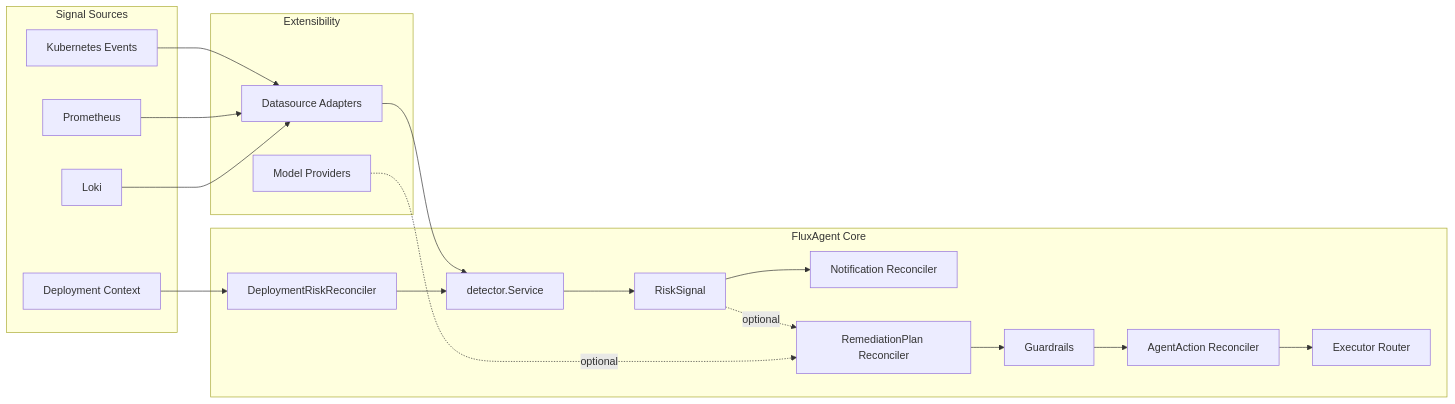
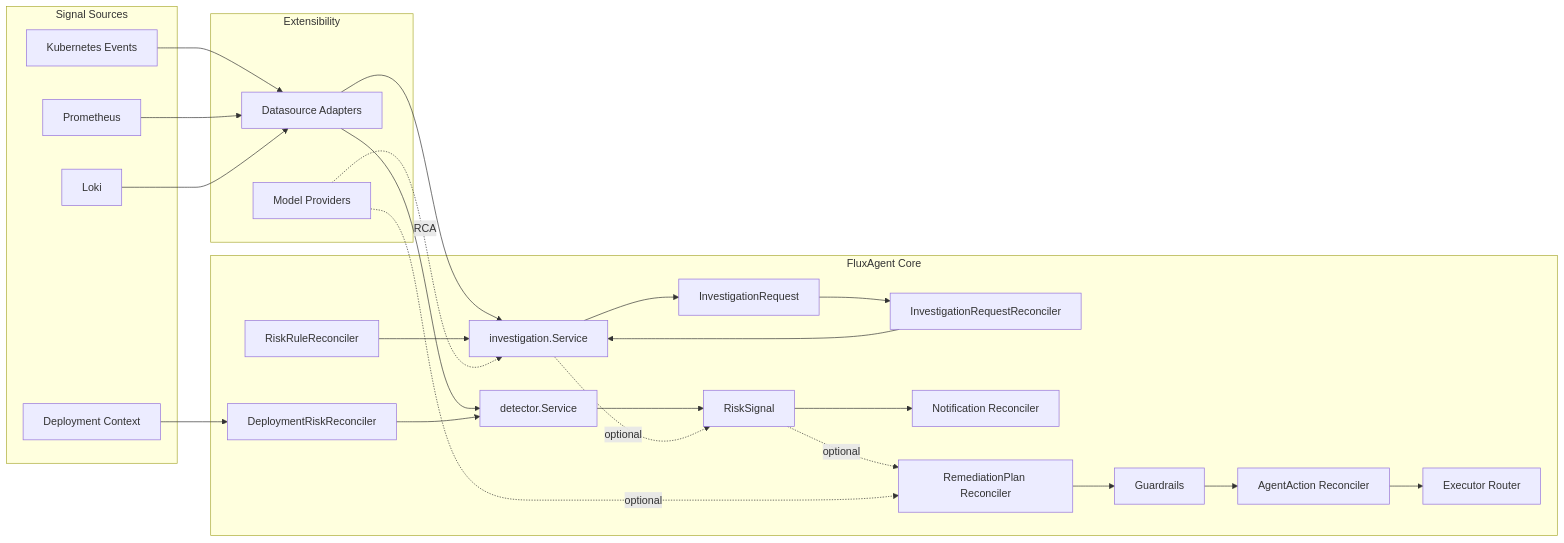
The diagram in docs/architecture/overview.md (FluxSeer/fluxseer-rca), drawn with Mermaid before and after one commit. The commit also changed other lines of this file and 1 other file, not shown here.

Commit message:
docs: reposition architecture around investigation workflow

````diff
--- a/docs/architecture/overview.md
+++ b/docs/architecture/overview.md
@@ -321,39 +393,50 @@
 ```mermaid
 flowchart LR
     subgraph Sources[Signal Sources]
         E[Kubernetes Events]
         P[Prometheus]
         L[Loki]
         D[Deployment Context]
     end
 
     subgraph Core[FluxAgent Core]
         R1[DeploymentRiskReconciler]
+        RR[RiskRuleReconciler]
+        IR[InvestigationRequestReconciler]
         DET[detector.Service]
+        INV[investigation.Service]
         RS[RiskSignal]
+        IQ[InvestigationRequest]
         N[Notification Reconciler]
         RP[RemediationPlan Reconciler]
         G[Guardrails]
         AA[AgentAction Reconciler]
         X[Executor Router]
     end
 
     subgraph Ext[Extensibility]
         DS[Datasource Adapters]
         MG[Model Providers]
     end
 
     D --> R1
     E --> DS
     P --> DS
     L --> DS
     DS --> DET
+    DS --> INV
     R1 --> DET
+    RR --> INV
+    IQ --> IR
+    IR --> INV
     DET --> RS
+    INV --> IQ
+    INV -. optional .-> RS
     RS --> N
     RS -. optional .-> RP
     MG -. optional .-> RP
+    MG -. RCA .-> INV
     RP --> G
     G --> AA
     AA --> X
 ```
````
